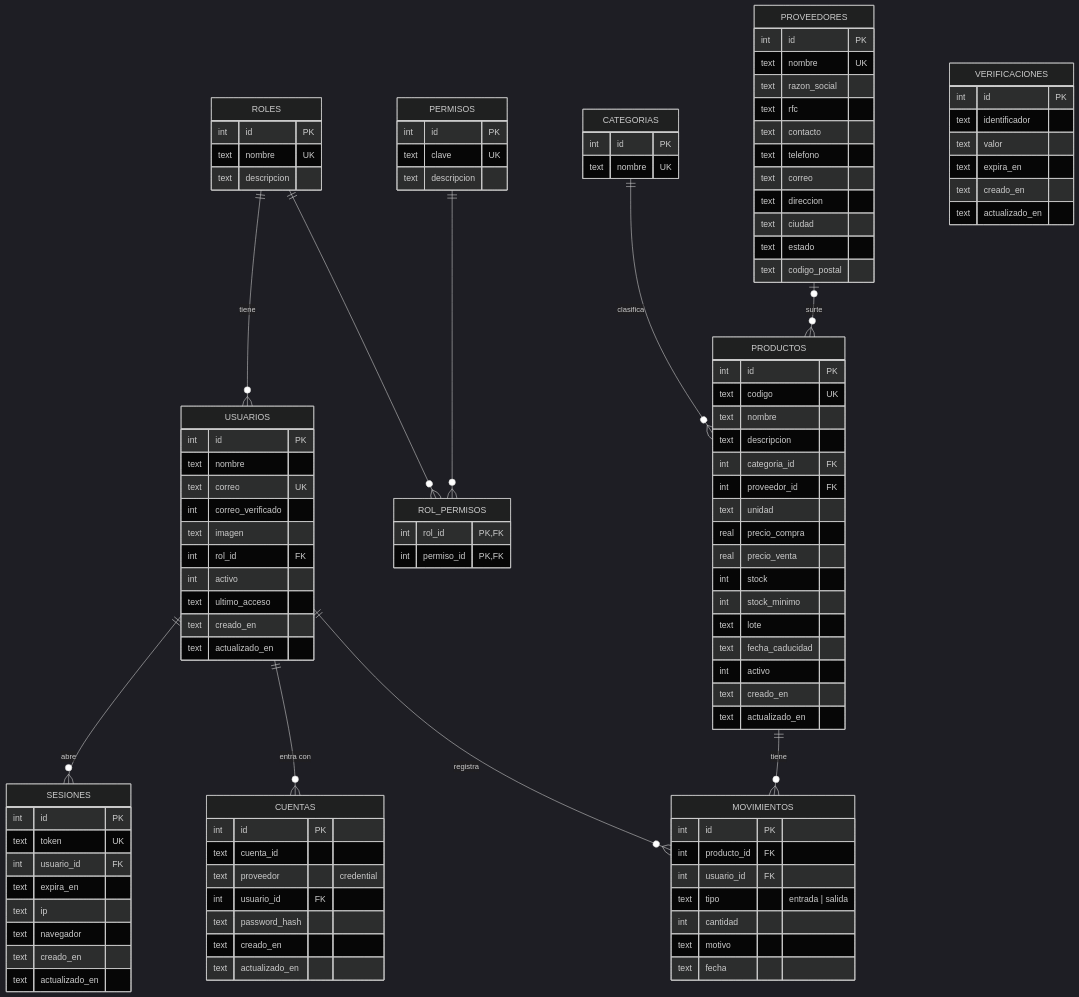
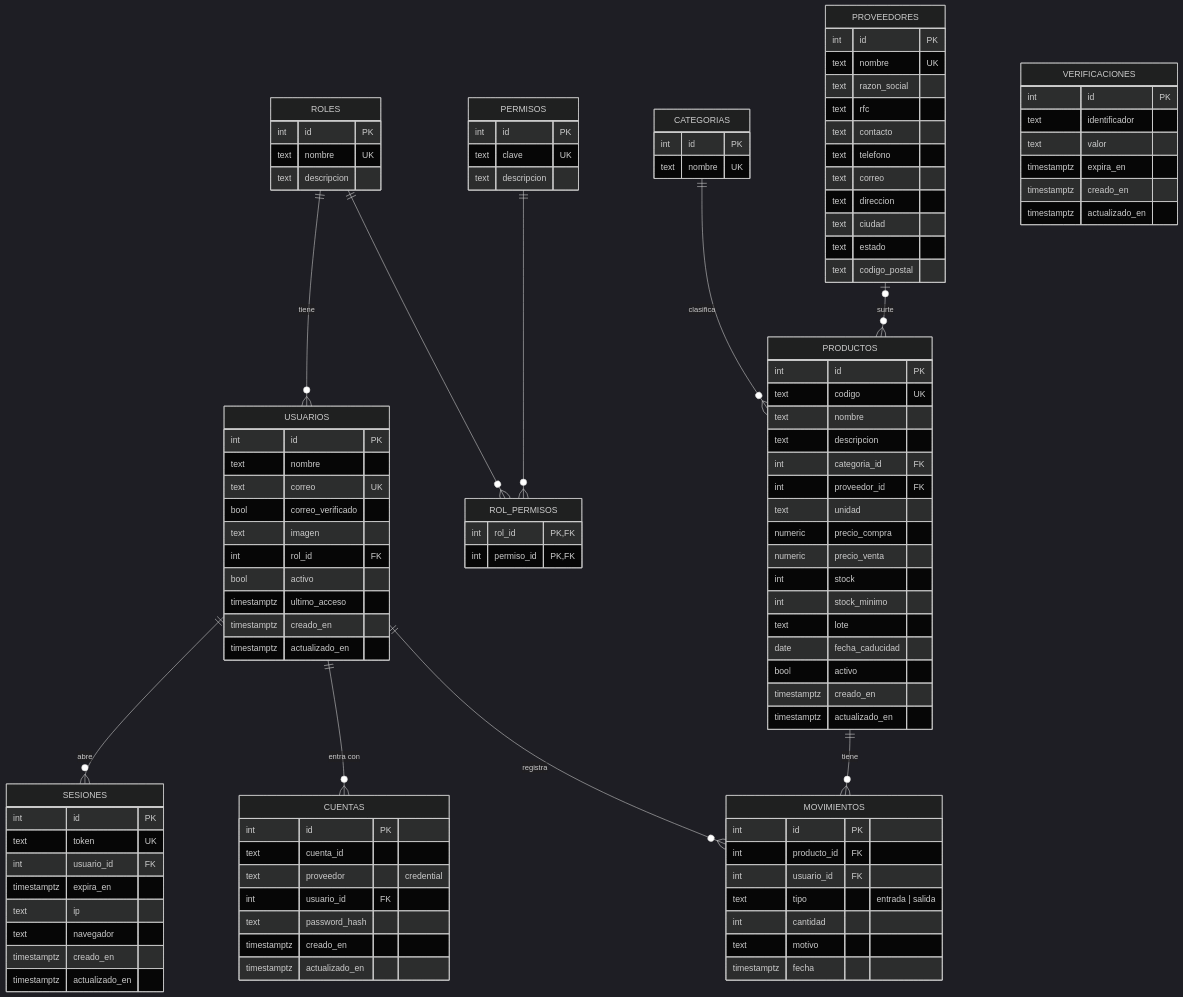
The diagram in docs/DISENO-BD.md (mini-artemis/Web-Veterinaria), drawn with Mermaid (dark theme) before and after one commit. The commit also changed other lines of this file and 31 other files, not shown here.

````diff
--- a/docs/DISENO-BD.md
+++ b/docs/DISENO-BD.md
@@ -42,13 +41,13 @@
         int id PK
         text nombre
         text correo UK
-        int correo_verificado
+        bool correo_verificado
         text imagen
         int rol_id FK
-        int activo
-        text ultimo_acceso
-        text creado_en
-        text actualizado_en
+        bool activo
+        timestamptz ultimo_acceso
+        timestamptz creado_en
+        timestamptz actualizado_en
     }
     CUENTAS {
         int id PK
@@ -56,26 +55,26 @@
         text proveedor "credential"
         int usuario_id FK
         text password_hash
-        text creado_en
-        text actualizado_en
+        timestamptz creado_en
+        timestamptz actualizado_en
     }
     SESIONES {
         int id PK
         text token UK
         int usuario_id FK
-        text expira_en
+        timestamptz expira_en
         text ip
         text navegador
-        text creado_en
-        text actualizado_en
+        timestamptz creado_en
+        timestamptz actualizado_en
     }
     VERIFICACIONES {
         int id PK
         text identificador
         text valor
-        text expira_en
-        text creado_en
-        text actualizado_en
+        timestamptz expira_en
+        timestamptz creado_en
+        timestamptz actualizado_en
     }
     CATEGORIAS {
         int id PK
@@ -102,15 +101,15 @@
         int categoria_id FK
         int proveedor_id FK
         text unidad
-        real precio_compra
-        real precio_venta
+        numeric precio_compra
+        numeric precio_venta
         int stock
         int stock_minimo
         text lote
-        text fecha_caducidad
-        int activo
-        text creado_en
-        text actualizado_en
+        date fecha_caducidad
+        bool activo
+        timestamptz creado_en
+        timestamptz actualizado_en
     }
     MOVIMIENTOS {
         int id PK
@@ -119,6 +118,6 @@
         text tipo "entrada | salida"
         int cantidad
         text motivo
-        text fecha
+        timestamptz fecha
     }
 ```
````
